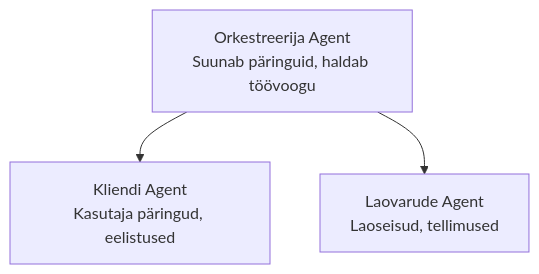
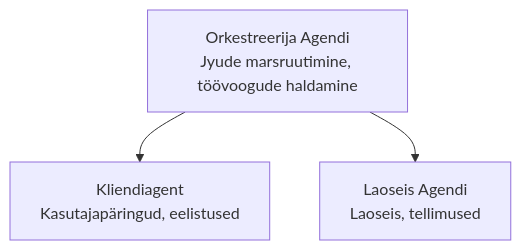
Before and after one commit to microsoft/AZD-for-beginners: the diagram in translations/et/docs/chapter-05-multi-agent/README.md, drawn with Mermaid. The commit also changed other lines of this file and 101 other files, not shown here.

````diff
--- a/translations/et/docs/chapter-05-multi-agent/README.md
+++ b/translations/et/docs/chapter-05-multi-agent/README.md
@@ -50,5 +52,5 @@
 ```mermaid
 graph TD
-    Orchestrator[Orkestreerija Agent<br/>Suunab päringuid, haldab töövoogu] --> Customer[Kliendi Agent<br/>Kasutaja päringud, eelistused]
-    Orchestrator --> Inventory[Laovarude Agent<br/>Laoseisud, tellimused]
+    Orchestrator[Orkestreerija Agendi<br/>Jyude marsruutimine, töövoogude haldamine] --> Customer[Kliendiagent<br/>Kasutajapäringud, eelistused]
+    Orchestrator --> Inventory[Laoseis Agendi<br/>Laoseis, tellimused]
 ```
````
